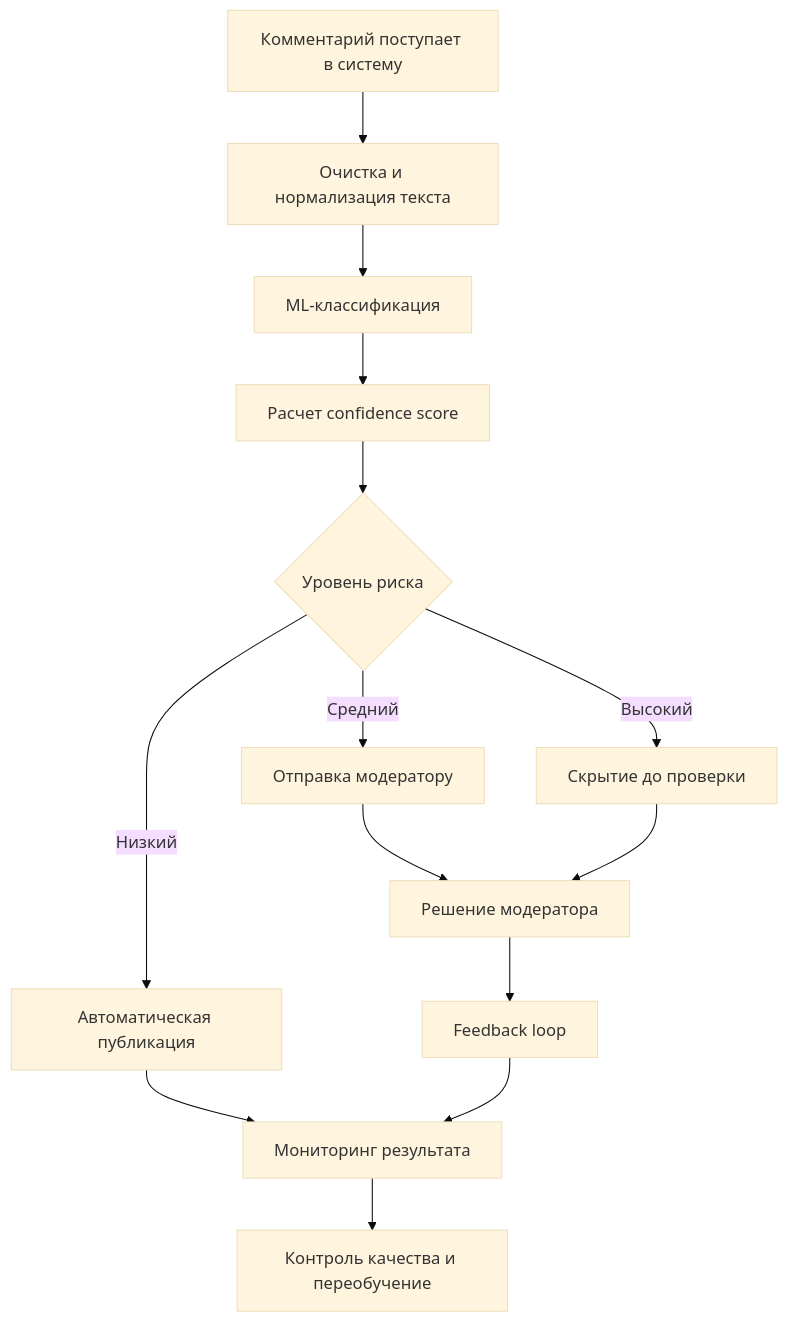
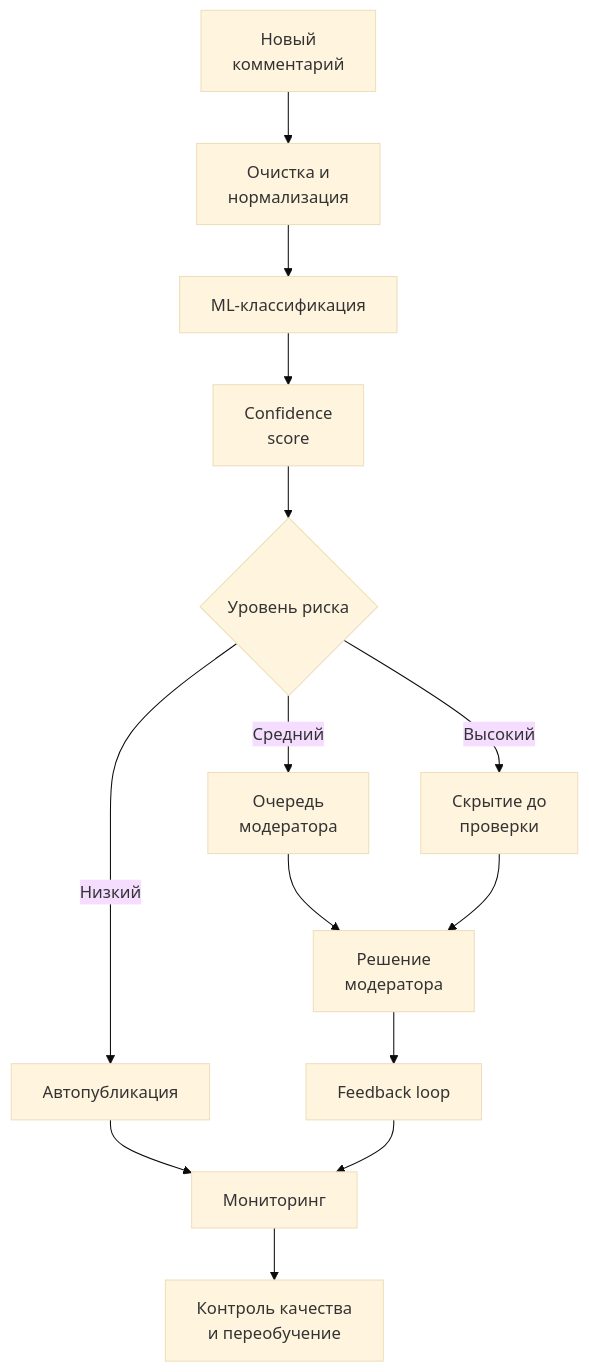
One commit to Alexander-Prel/priss changed the diagram in diagrams/business_process_after.md. Above: the diagram before and after it, drawn with Mermaid (base theme). The commit also changed other lines of this file and 6 other files, not shown here.

Commit message:
Improve document flow and Mermaid diagrams

````diff
--- a/diagrams/business_process_after.md
+++ b/diagrams/business_process_after.md
@@ -5,16 +5,16 @@
 ```mermaid
 flowchart TD
-    A[Комментарий поступает в систему] --> B[Очистка и нормализация текста]
+    A[Новый<br/>комментарий] --> B[Очистка и<br/>нормализация]
     B --> C[ML-классификация]
-    C --> D[Расчет confidence score]
+    C --> D[Confidence<br/>score]
     D --> E{Уровень риска}
-    E -->|Низкий| F[Автоматическая публикация]
-    E -->|Средний| G[Отправка модератору]
-    E -->|Высокий| H[Скрытие до проверки]
-    G --> I[Решение модератора]
+    E -->|Низкий| F[Автопубликация]
+    E -->|Средний| G[Очередь<br/>модератора]
+    E -->|Высокий| H[Скрытие до<br/>проверки]
+    G --> I[Решение<br/>модератора]
     H --> I
     I --> J[Feedback loop]
-    F --> K[Мониторинг результата]
+    F --> K[Мониторинг]
     J --> K
-    K --> L[Контроль качества и переобучение]
+    K --> L[Контроль качества<br/>и переобучение]
 ```
````
